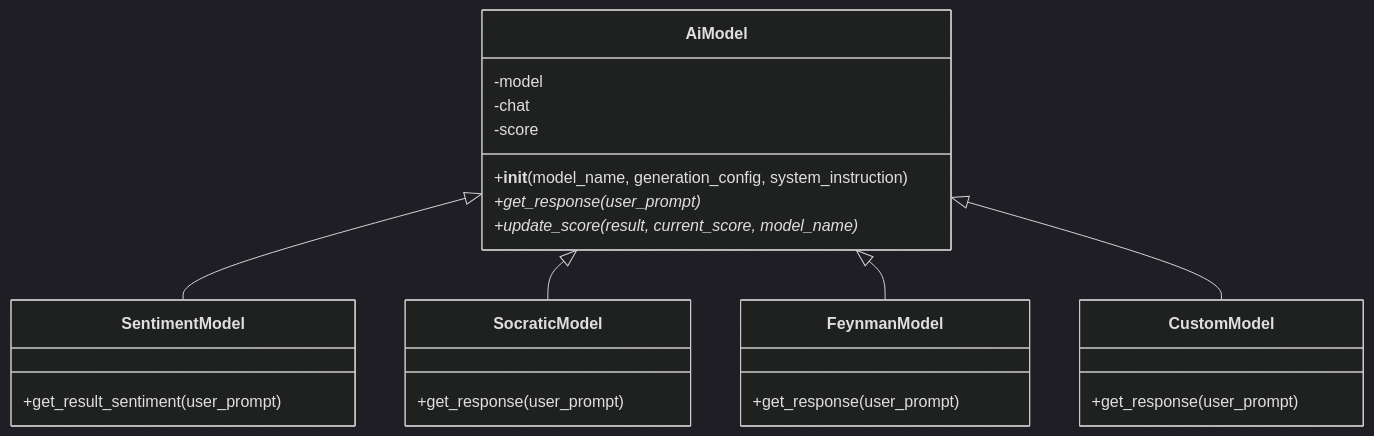
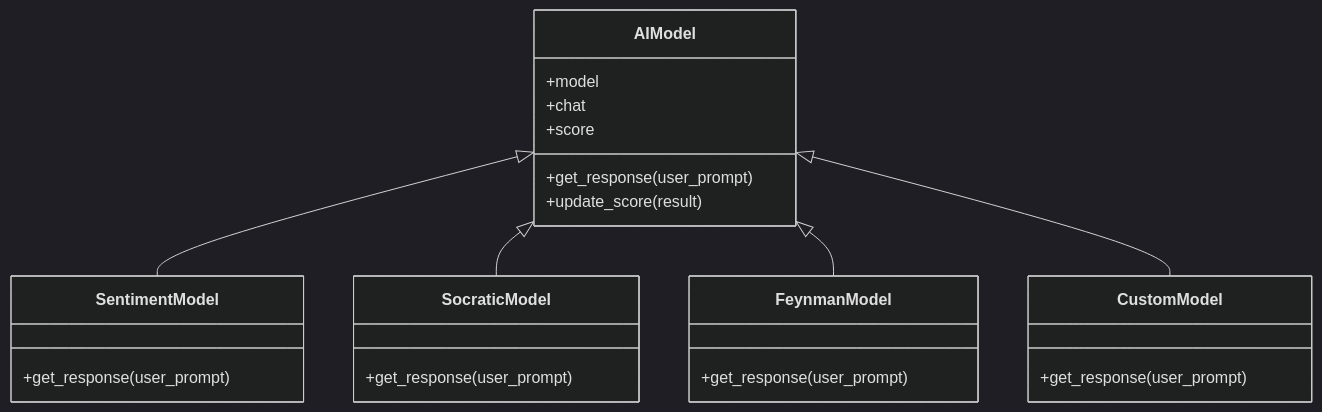
The second of 5 diagrams in README.md (sky0walker99/WeCode-Ai-Learning), drawn with Mermaid (dark theme) before and after one commit. The commit also changed other lines of this file, not shown here.

````diff
--- a/README.md
+++ b/README.md
@@ -66,27 +85,26 @@
 ```mermaid
 classDiagram
-    class AiModel {
-        -model
-        -chat
-        -score
-        +__init__(model_name, generation_config, system_instruction)
-        +get_response(user_prompt)*
-        +update_score(result, current_score, model_name)*
+    AIModel <|-- SentimentModel
+    AIModel <|-- SocraticModel
+    AIModel <|-- FeynmanModel
+    AIModel <|-- CustomModel
+    class AIModel{
+        +model
+        +chat
+        +score
+        +get_response(user_prompt)
+        +update_score(result)
     }
-    class SentimentModel {
-        +get_result_sentiment(user_prompt)
-    }
-    class SocraticModel {
+    class SentimentModel{
         +get_response(user_prompt)
     }
-    class FeynmanModel {
+    class SocraticModel{
         +get_response(user_prompt)
     }
-    class CustomModel {
+    class FeynmanModel{
         +get_response(user_prompt)
     }
-    AiModel <|-- SentimentModel
-    AiModel <|-- SocraticModel
-    AiModel <|-- FeynmanModel
-    AiModel <|-- CustomModel
+    class CustomModel{
+        +get_response(user_prompt)
+    }
 ```
````
